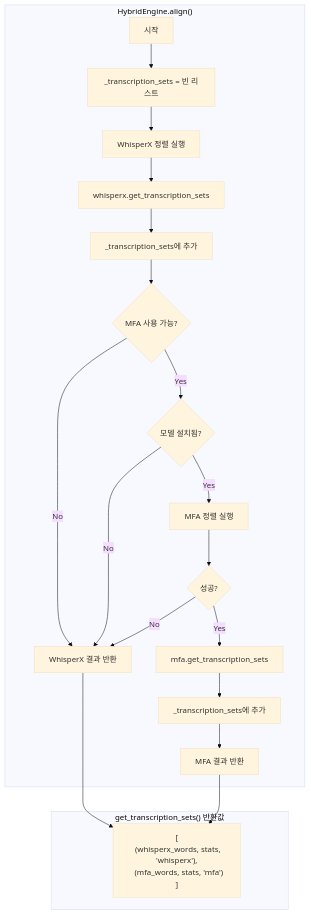
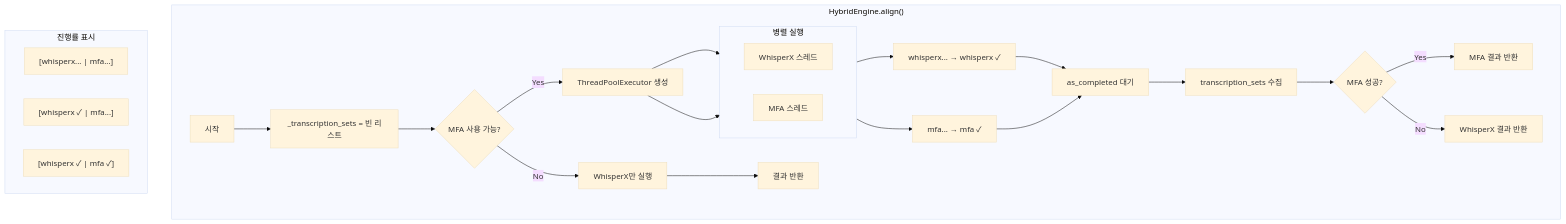
One commit to onpe5679/Everyric2 changed the diagram in diagrams/02_hybrid_engine.mermaid. Above: the diagram before and after it, drawn with Mermaid. The commit also changed 4 other files, not shown here.

```diff
--- a/diagrams/02_hybrid_engine.mermaid
+++ b/diagrams/02_hybrid_engine.mermaid
@@ -1,30 +1,38 @@
 %%{init: {'theme': 'base'}}%%
 flowchart TD
     subgraph HYBRID["HybridEngine.align()"]
         A[시작] --> B[_transcription_sets = 빈 리스트]
+        B --> C{MFA 사용 가능?}
         
-        B --> C[WhisperX 정렬 실행]
-        C --> D[whisperx.get_transcription_sets]
-        D --> E[_transcription_sets에 추가]
+        C -->|No| D[WhisperX만 실행]
+        D --> E[결과 반환]
         
-        E --> F{MFA 사용 가능?}
-        F -->|No| G[WhisperX 결과 반환]
+        C -->|Yes| F[ThreadPoolExecutor 생성]
         
-        F -->|Yes| H{모델 설치됨?}
-        H -->|No| G
+        subgraph PARALLEL["병렬 실행"]
+            direction LR
+            G[WhisperX 스레드]
+            H[MFA 스레드]
+        end
         
-        H -->|Yes| I[MFA 정렬 실행]
-        I --> J{성공?}
+        F --> G
+        F --> H
         
-        J -->|No| G
-        J -->|Yes| K[mfa.get_transcription_sets]
-        K --> L[_transcription_sets에 추가]
-        L --> M[MFA 결과 반환]
+        G --> I[whisperx... → whisperx ✓]
+        H --> J[mfa... → mfa ✓]
+        
+        I --> K[as_completed 대기]
+        J --> K
+        
+        K --> L[transcription_sets 수집]
+        L --> M{MFA 성공?}
+        
+        M -->|Yes| N[MFA 결과 반환]
+        M -->|No| O[WhisperX 결과 반환]
     end
 
-    subgraph DATA["get_transcription_sets() 반환값"]
-        N["[<br/>  (whisperx_words, stats, 'whisperx'),<br/>  (mfa_words, stats, 'mfa')<br/>]"]
+    subgraph STATUS["진행률 표시"]
+        P["[whisperx... | mfa...]"]
+        Q["[whisperx ✓ | mfa...]"]
+        R["[whisperx ✓ | mfa ✓]"]
     end
-
-    M --> N
-    G --> N
```
